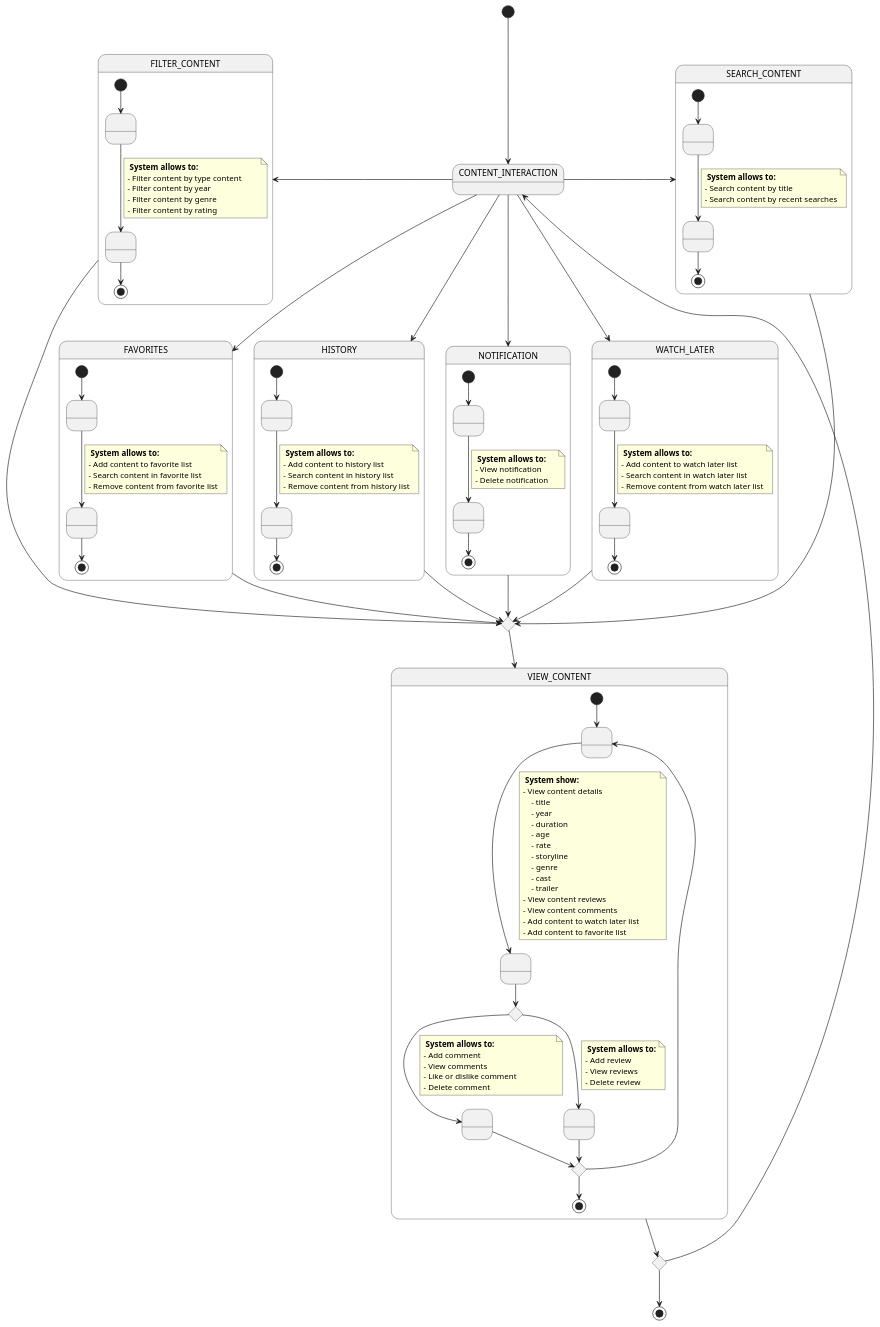
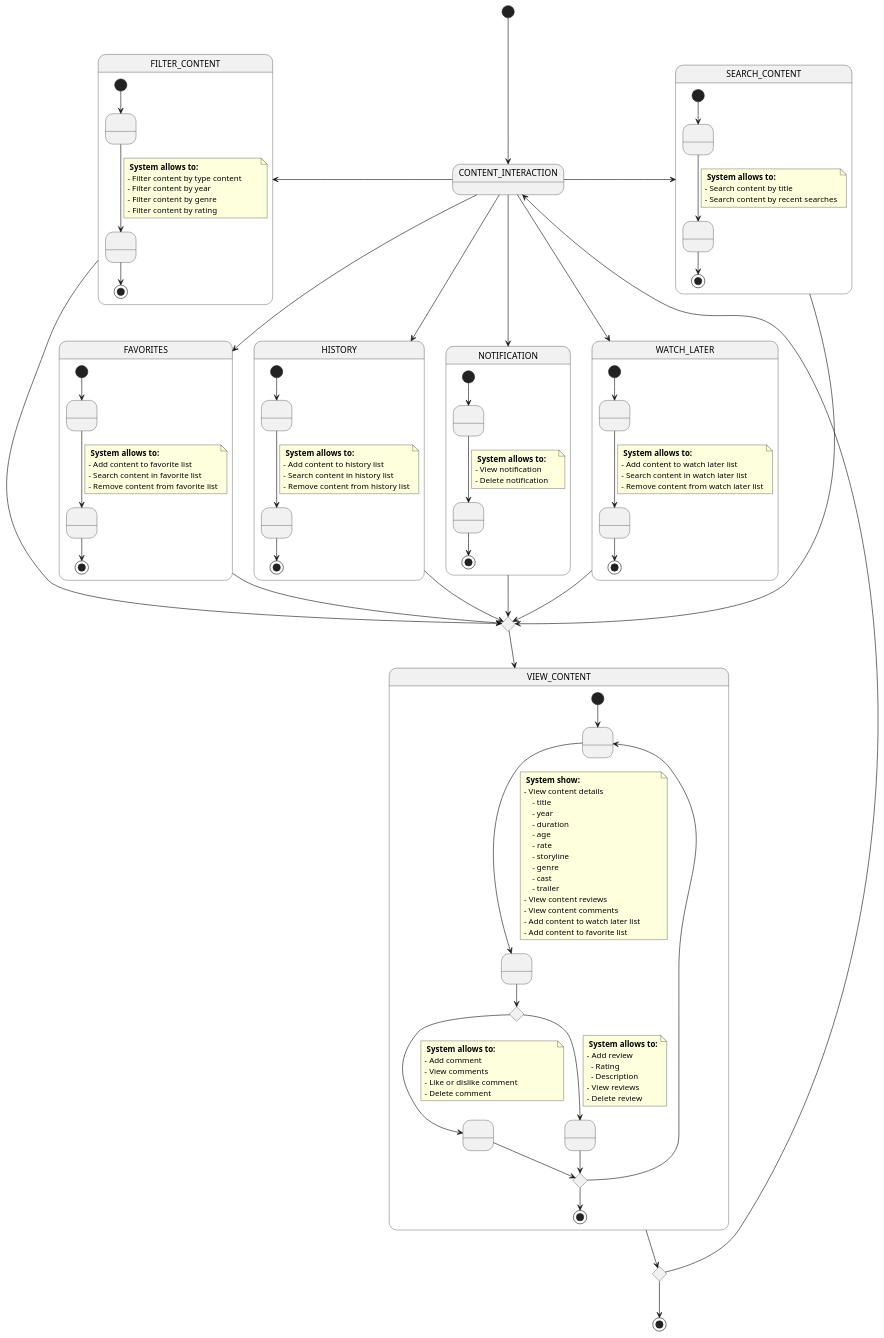
The diagram in docs/1-requeriments/2-use-cases-specifications/user/content-interaction.puml (vfred0/requeriments-flixxic), drawn with PlantUML before and after one commit. The commit also changed 1 other file, not shown here.

```diff
--- a/docs/1-requeriments/2-use-cases-specifications/user/content-interaction.puml
+++ b/docs/1-requeriments/2-use-cases-specifications/user/content-interaction.puml
@@ -1,170 +1,172 @@
 @startuml content-interaction
 [*] --> CONTENT_INTERACTION
 
 state FILTER_CONTENT {
     state R1 as " "    
     state R2 as " "
     [*] --> R1
     R1 --> R2    
     note on link
         <b> System allows to:</b>
         - Filter content by type content
         - Filter content by year
         - Filter content by genre
         - Filter content by rating                    
     end note
     R2 --> [*]
 }
 
 state SEARCH_CONTENT {
     state S1 as " "    
     state S2 as " "
     [*] --> S1
     S1 --> S2    
     note on link
         <b> System allows to:</b>
         - Search content by title 
         - Search content by recent searches
     end note
     S2 --> [*]
 }
 
 state VIEW_CONTENT {
     state V1 as " "    
     state V2 as " "
     state V3 as " "
     state V4 as " "
     state commentOrReview as " " <<choice>>
     [*] --> V1
     V1 --> V2 
            
     note on link
         <b> System show:</b>
         - View content details
             - title
             - year 
             - duration
             - age
             - rate
             - storyline
             - genre
             - cast
             - trailer                        
         - View content reviews        
         - View content comments 
         - Add content to watch later list
         - Add content to favorite list               
     end note
 
     V2 --> commentOrReview
     commentOrReview --> V3
     note on link
         <b> System allows to:</b>
         - Add comment
         - View comments
         - Like or dislike comment
         - Delete comment                               
     end note
 
     commentOrReview --> V4
     note on link
         <b> System allows to:</b>
-        - Add review    
+        - Add review   
+          - Rating
+          - Description 
         - View reviews
         - Delete review
     end note
 
     state unionCommentOrReview <<choice>>
     V3 --> unionCommentOrReview
     V4 --> unionCommentOrReview
     unionCommentOrReview --> V1
     unionCommentOrReview --> [*]
 }
 
 state WATCH_LATER {
     state W1 as " "    
     state W2 as " "
     [*] --> W1
     W1 --> W2    
     note on link
         <b> System allows to:</b>
         - Add content to watch later list
         - Search content in watch later list        
         - Remove content from watch later list
     end note
     W2 --> [*]
 }
 
 
 state FAVORITES {
     state F1 as " "    
     state F2 as " "
     [*] --> F1
     F1 --> F2    
     note on link
         <b> System allows to:</b>
         - Add content to favorite list
         - Search content in favorite list        
         - Remove content from favorite list
     end note
     F2 --> [*]
     
 }
 
 state HISTORY {
     state H1 as " "    
     state H2 as " "
     [*] --> H1
     H1 --> H2    
     note on link
         <b> System allows to:</b>
         - Add content to history list
         - Search content in history list        
         - Remove content from history list
     end note
     H2 --> [*]
 }
 
 state NOTIFICATION {
     state N1 as " "    
     state N2 as " "
     [*] --> N1
     N1 --> N2    
     note on link
         <b> System allows to:</b>
         - View notification       
         - Delete notification
     end note
     N2 --> [*]
     ' note on link 
     '     <b> System allows to:</b>
     '     - Redirection to comment 
     ' end note
 }
 
 
 CONTENT_INTERACTION -left-> FILTER_CONTENT
 CONTENT_INTERACTION -right-> SEARCH_CONTENT
 CONTENT_INTERACTION --> WATCH_LATER
 CONTENT_INTERACTION --> FAVORITES
 CONTENT_INTERACTION --> HISTORY
 CONTENT_INTERACTION --> NOTIFICATION
 
 state union <<choice>> 
 
 FILTER_CONTENT --> union
 SEARCH_CONTENT --> union
 WATCH_LATER --> union
 FAVORITES --> union
 HISTORY --> union
 NOTIFICATION --> union
 
 union --> VIEW_CONTENT
 
 state finished <<choice>>
 
 VIEW_CONTENT --> finished
 finished --> [*]
 finished --> CONTENT_INTERACTION
 
 @enduml
```
